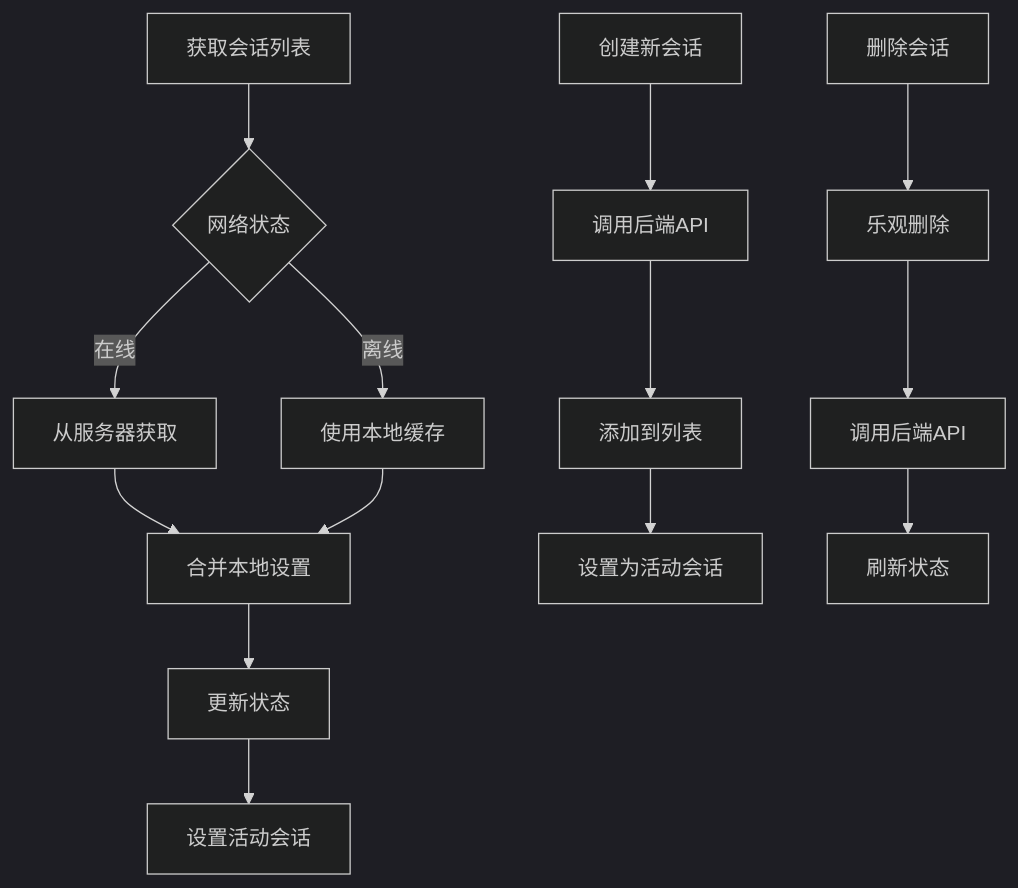
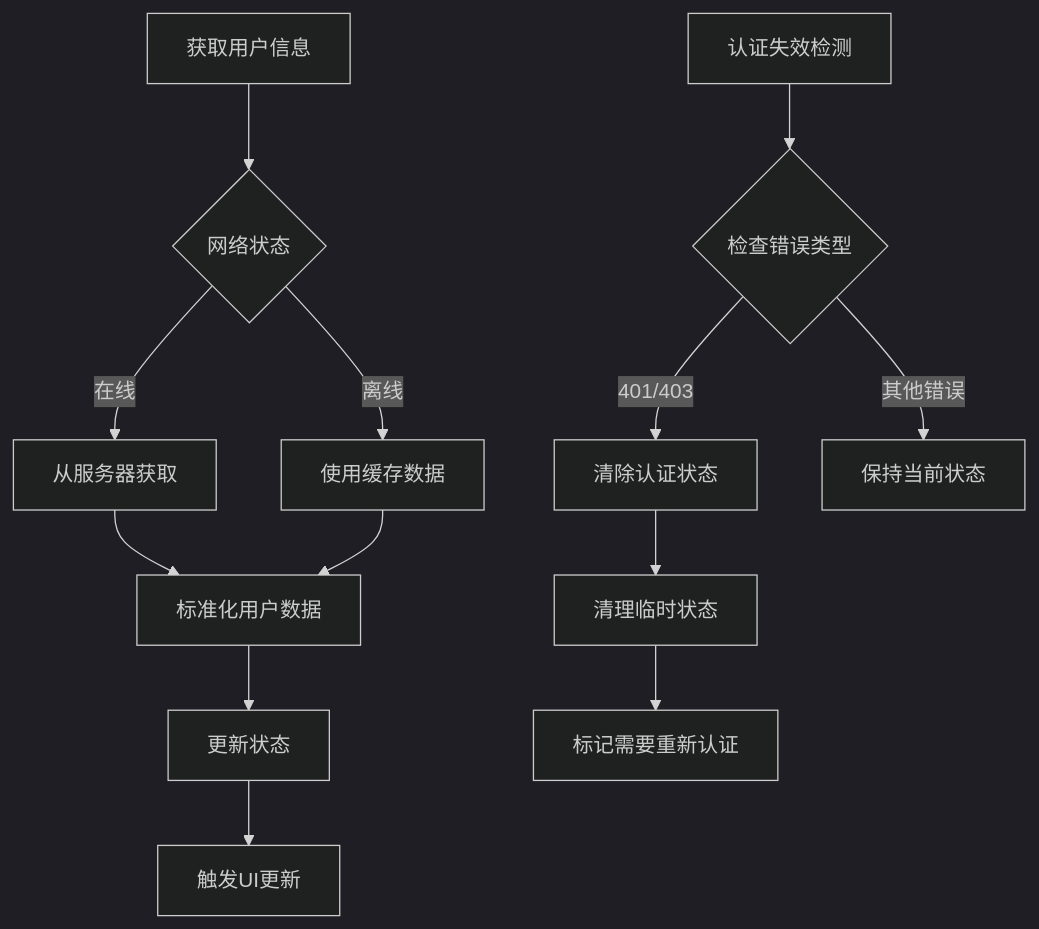
The tenth of 13 diagrams in .qoder/repowiki/zh/content/核心功能模块/API 服务层/移动端API服务层.md (AvatoLabs/avato), drawn with Mermaid (dark theme) before and after one commit. The commit also changed other lines of this file and 158 other files, not shown here.

````diff
--- a/.qoder/repowiki/zh/content/核心功能模块/API 服务层/移动端API服务层.md
+++ b/.qoder/repowiki/zh/content/核心功能模块/API 服务层/移动端API服务层.md
@@ -424,16 +575,15 @@
 ```mermaid
 flowchart TD
-A[获取会话列表] --> B{网络状态}
+A[获取用户信息] --> B{网络状态}
 B --> |在线| C[从服务器获取]
-B --> |离线| D[使用本地缓存]
-C --> E[合并本地设置]
+B --> |离线| D[使用缓存数据]
+C --> E[标准化用户数据]
 D --> E
 E --> F[更新状态]
-F --> G[设置活动会话]
-H[创建新会话] --> I[调用后端API]
-I --> J[添加到列表]
-J --> K[设置为活动会话]
-L[删除会话] --> M[乐观删除]
-M --> N[调用后端API]
-N --> O[刷新状态]
+F --> G[触发UI更新]
+H[认证失效检测] --> I{检查错误类型}
+I --> |401/403| J[清除认证状态]
+I --> |其他错误| K[保持当前状态]
+J --> L[清理临时状态]
+L --> M[标记需要重新认证]
 ```
````
